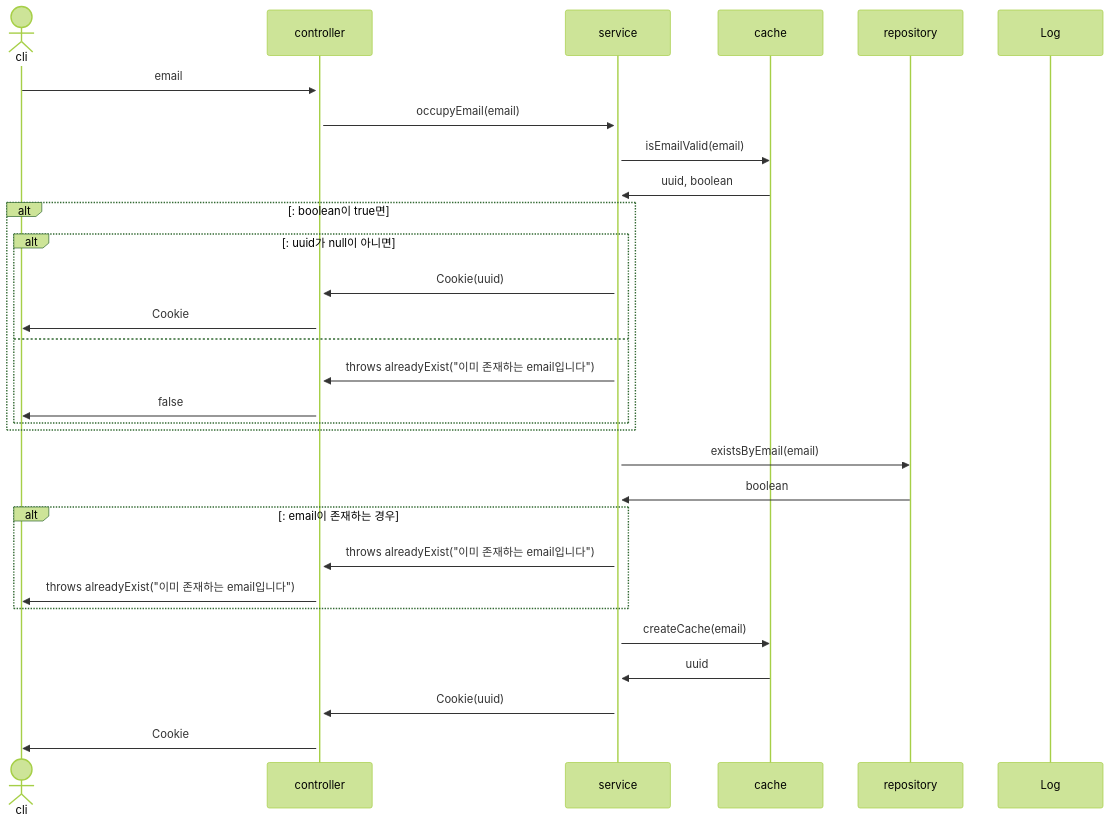
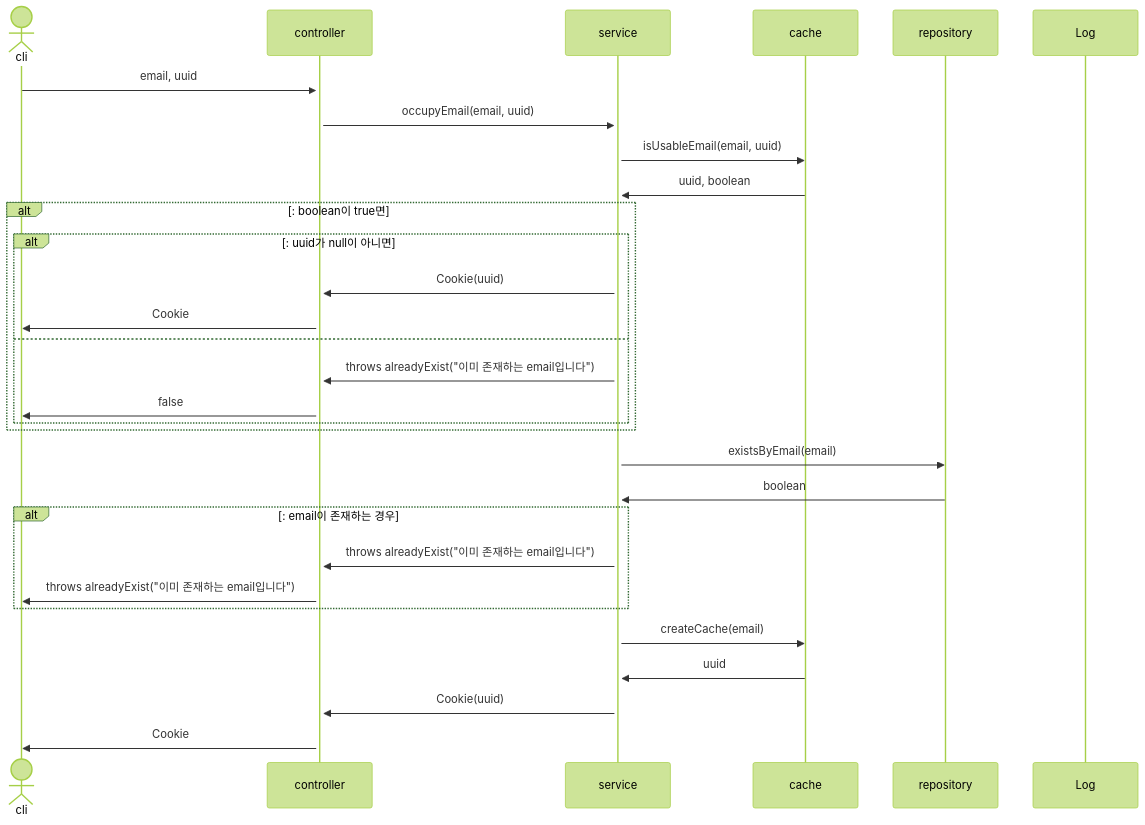
Before and after one commit to mtak0235/snsX: the first of 30 diagrams in sequence.md, drawn with Mermaid (forest theme). The commit also changed other lines of this file, not shown here.

Commit message:
update occupyMemberEmail & occupyMemberNickName sequence diagram

````diff
--- a/sequence.md
+++ b/sequence.md
@@ -3,33 +3,33 @@
 ```mermaid
 sequenceDiagram
 actor cli
 participant c as controller
 participant s as service
 participant ca as cache
 participant r as repository
 participant l as Log
 
-cli->>+c: email
-c->>+s: occupyEmail(email)
-s->>ca: isEmailValid(email)
+cli->>+c: email, uuid
+c->>+s: occupyEmail(email, uuid)
+s->>ca: isUsableEmail(email, uuid)
 ca->>s: uuid, boolean
 alt: boolean이 true면
 alt: uuid가 null이 아니면
 s->>c: Cookie(uuid)
 c->>cli: Cookie
 else
 s->>c: throws alreadyExist("이미 존재하는 email입니다")
 c->>cli: false
 end
 end
 s->>r: existsByEmail(email)
 r->>s: boolean
 alt: email이 존재하는 경우
 s->>c: throws alreadyExist("이미 존재하는 email입니다")
 c->>cli: throws alreadyExist("이미 존재하는 email입니다")
 end
 s->>ca: createCache(email)
 ca->>s: uuid
 s->>c: Cookie(uuid)
 c->>cli: Cookie
 ```
````
